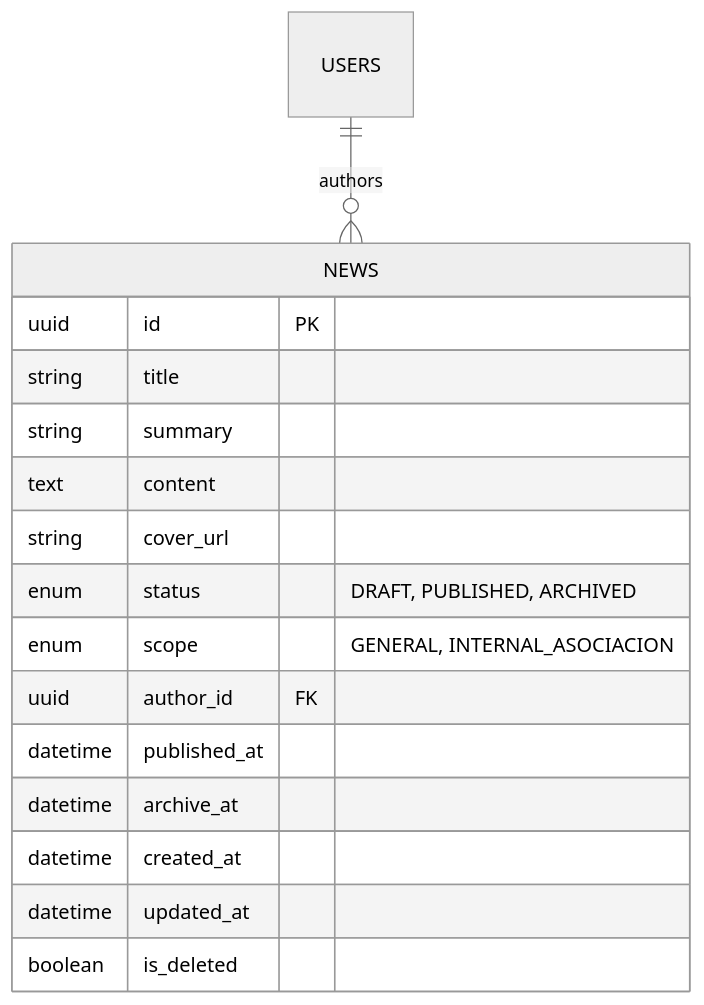
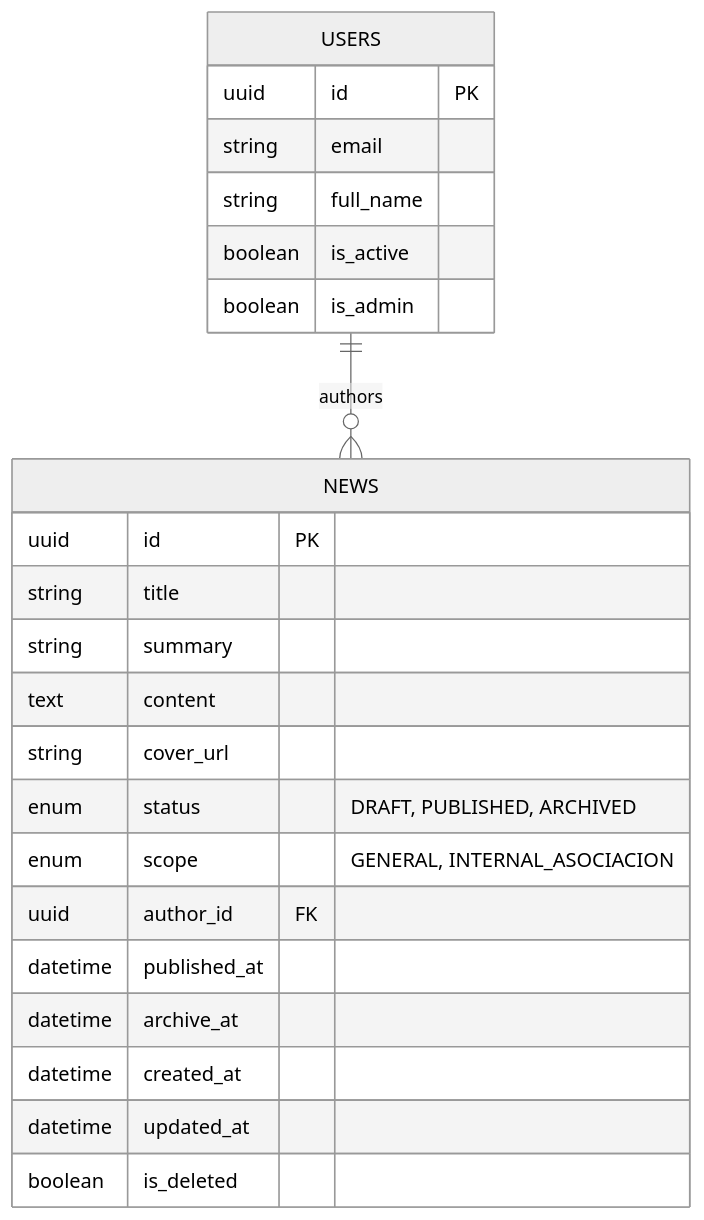
The diagram in specs/DataModel.md (mmcb1-ua/GAIA-Template), drawn with Mermaid (neutral theme) before and after one commit. The commit also changed other lines of this file and 7 other files, not shown here.

````diff
--- a/specs/DataModel.md
+++ b/specs/DataModel.md
@@ -5,20 +5,28 @@
 ```mermaid
 erDiagram
     USERS ||--o{ NEWS : "authors"
     
+    USERS {
+        uuid id PK
+        string email
+        string full_name
+        boolean is_active
+        boolean is_admin
+    }
+
     NEWS {
         uuid id PK
         string title
         string summary
         text content
         string cover_url
         enum status "DRAFT, PUBLISHED, ARCHIVED"
         enum scope "GENERAL, INTERNAL_ASOCIACION"
         uuid author_id FK
         datetime published_at
         datetime archive_at
         datetime created_at
         datetime updated_at
         boolean is_deleted
     }
 ```
````
